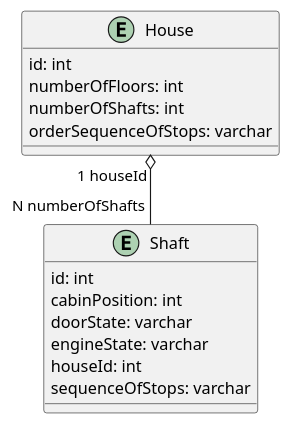
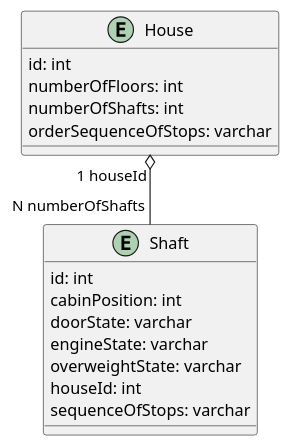
One commit to WhiteSnakeE/ElevatorDriver changed the diagram in src/documentation/database/schema.puml. Above: the diagram before and after it, drawn with PlantUML.

Commit message:
add overweight state

```diff
--- a/src/documentation/database/schema.puml
+++ b/src/documentation/database/schema.puml
@@ -1,21 +1,22 @@
 @startuml
 
 entity House {
 id: int
 numberOfFloors: int
 numberOfShafts: int
 orderSequenceOfStops: varchar
 }
 
 entity Shaft {
 id: int
 cabinPosition: int
 doorState: varchar
 engineState: varchar
+overweightState: varchar
 houseId: int
 sequenceOfStops: varchar
 }
 
 House "1 houseId" o-- "N numberOfShafts" Shaft
 
 @enduml
```
